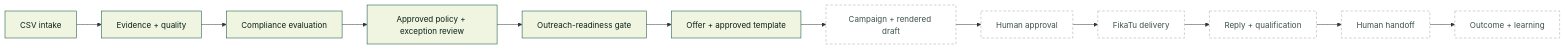
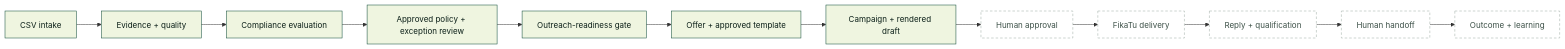
The first of 3 diagrams in docs/workflow-description.md (Herman-Gathege/webloom-sales-engine), drawn with Mermaid before and after one commit. The commit also changed other lines of this file and 71 other files, not shown here.

````diff
--- a/docs/workflow-description.md
+++ b/docs/workflow-description.md
@@ -12,19 +12,19 @@
 ```mermaid
 flowchart LR
     A[CSV intake] --> B[Evidence + quality]
     B --> C[Compliance evaluation]
     C --> D[Approved policy + exception review]
     D --> E[Outreach-readiness gate]
     E --> F[Offer + approved template]
     F --> G[Campaign + rendered draft]
     G --> H[Human approval]
     H --> I[FikaTu delivery]
     I --> J[Reply + qualification]
     J --> K[Human handoff]
     K --> L[Outcome + learning]
 
     classDef built fill:#eff5e0,stroke:#084734,color:#0b1f18;
     classDef future fill:#ffffff,stroke:#9aa9a0,color:#3d5148,stroke-dasharray:5 4;
-    class A,B,C,D,E,F built;
-    class G,H,I,J,K,L future;
+    class A,B,C,D,E,F,G built;
+    class H,I,J,K,L future;
 ```
````
